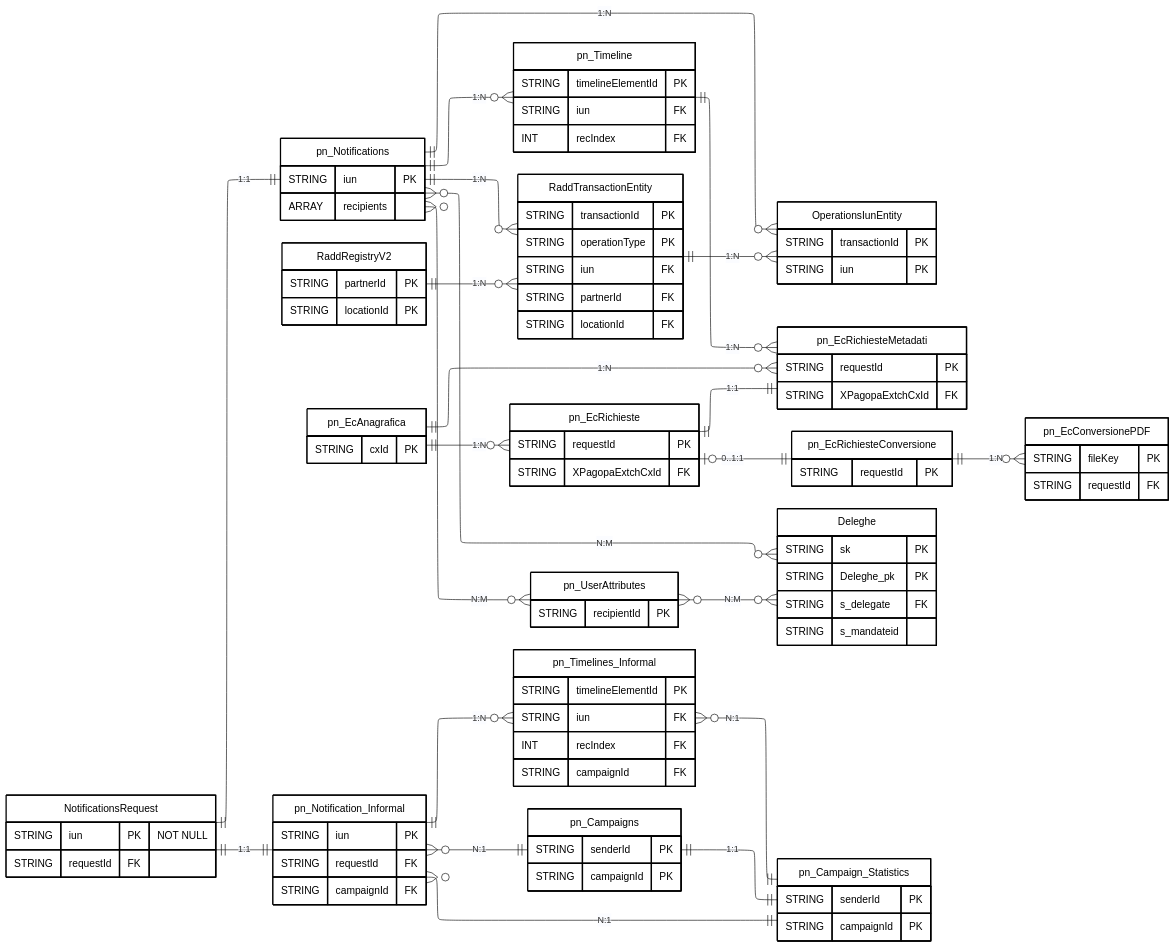
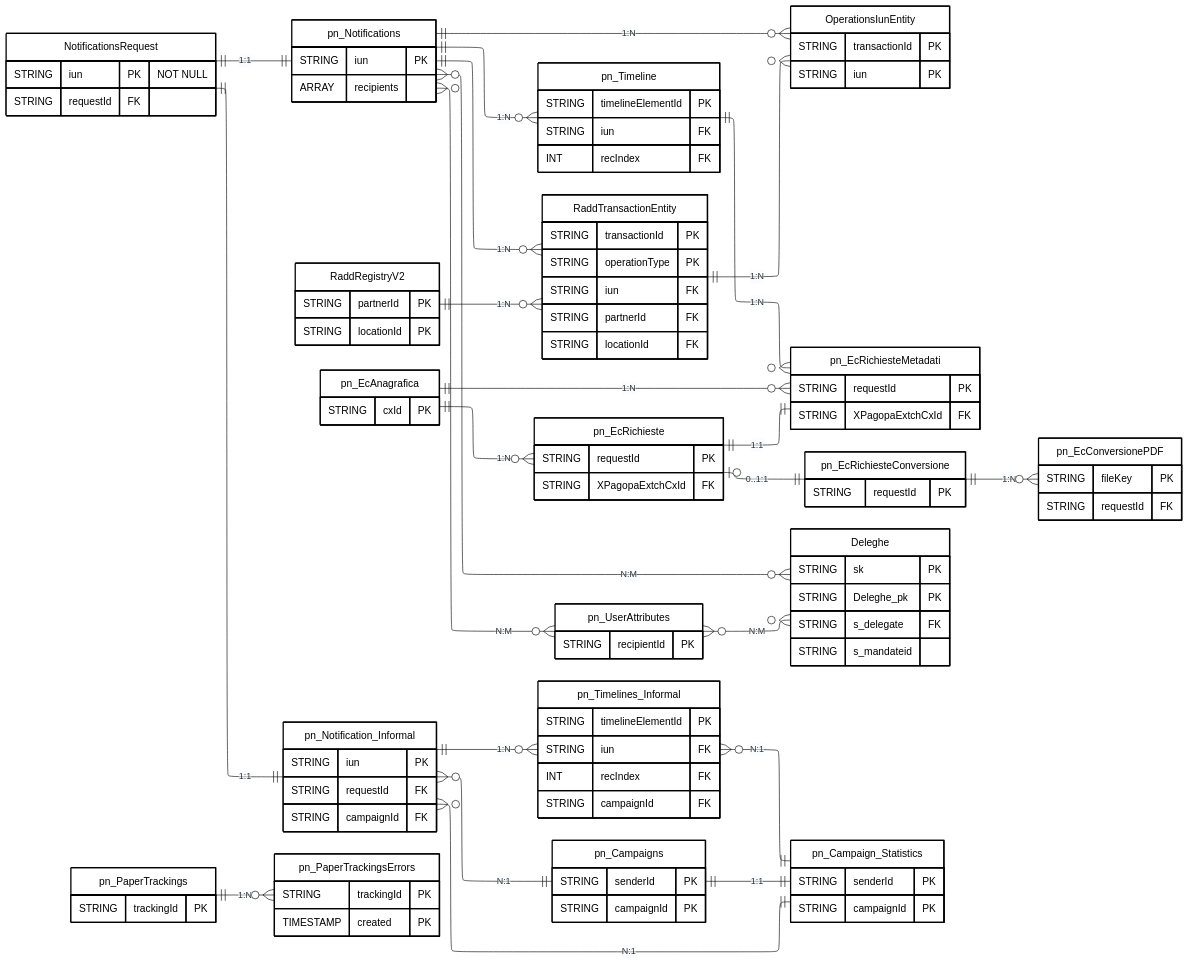
Before and after one commit to pagopa/pn-metrics: the diagram in send_diagrams/data-models/send_er_model.mmd, drawn with Mermaid.

Commit message:
SNDM-266: update send er model

```diff
--- a/send_diagrams/data-models/send_er_model.mmd
+++ b/send_diagrams/data-models/send_er_model.mmd
@@ -38,6 +38,11 @@
     %% - comunicazioni_bonarie
         %%   - source: data-quality.yml (pn-workflow-manager)
         %%      version: 1.0.0
+
+     %% - paper_tracker
+        %% - source: PaperTrackings.java
+        %% - source: PaperTrackingsErrors.java
+        %% version: 1.0.0
 
     %% CONVENZIONI
     %% - Sono riportate esclusivamente le entità principali
@@ -138,6 +143,15 @@
         STRING campaignId PK
     }
 
+    pn_PaperTrackings {
+        STRING trackingId PK
+    }
+
+    pn_PaperTrackingsErrors {
+        STRING trackingId PK
+        TIMESTAMP created PK
+    }
+
     %% RELAZIONI
 
     NotificationsRequest ||--|| pn_Notifications : "1:1"
@@ -194,7 +208,9 @@
     %% Relazione valorizzata principalmente per deleghe CIE
     Deleghe }o--o{ pn_Notifications : "N:M"
 
-    %% COMUNICAZIONI BONARIE
+    %% pn_PaperTrackings.trackingId = pn_PaperTrackingsErrors.trackingId
+    %% Un tracking puo essere associato a zero o piu errori o warning
+    pn_PaperTrackings ||--o{ pn_PaperTrackingsErrors : "1:N"
 
     %% NotificationsRequest.requestId = pn_Notification_Informal.requestId
     %% NotificationsRequest.iun e pn_Notification_Informal.iun hanno semantica differente
@@ -218,7 +234,6 @@
     pn_Campaigns ||--|| pn_Campaign_Statistics : "1:1"
 
     %% STILE
-
     style NotificationsRequest fill:#FFFFFF,stroke:#000000,stroke-width:2px,color:#000000
     style pn_UserAttributes fill:#FFFFFF,stroke:#000000,stroke-width:2px,color:#000000
     style pn_Notifications fill:#FFFFFF,stroke:#000000,stroke-width:2px,color:#000000
@@ -236,3 +251,5 @@
     style pn_Timelines_Informal fill:#FFFFFF,stroke:#000000,stroke-width:2px,color:#000000
     style pn_Campaigns fill:#FFFFFF,stroke:#000000,stroke-width:2px,color:#000000
     style pn_Campaign_Statistics fill:#FFFFFF,stroke:#000000,stroke-width:2px,color:#000000
+    style pn_PaperTrackings fill:#FFFFFF,stroke:#000000,stroke-width:2px,color:#000000
+    style pn_PaperTrackingsErrors fill:#FFFFFF,stroke:#000000,stroke-width:2px,color:#000000
```
